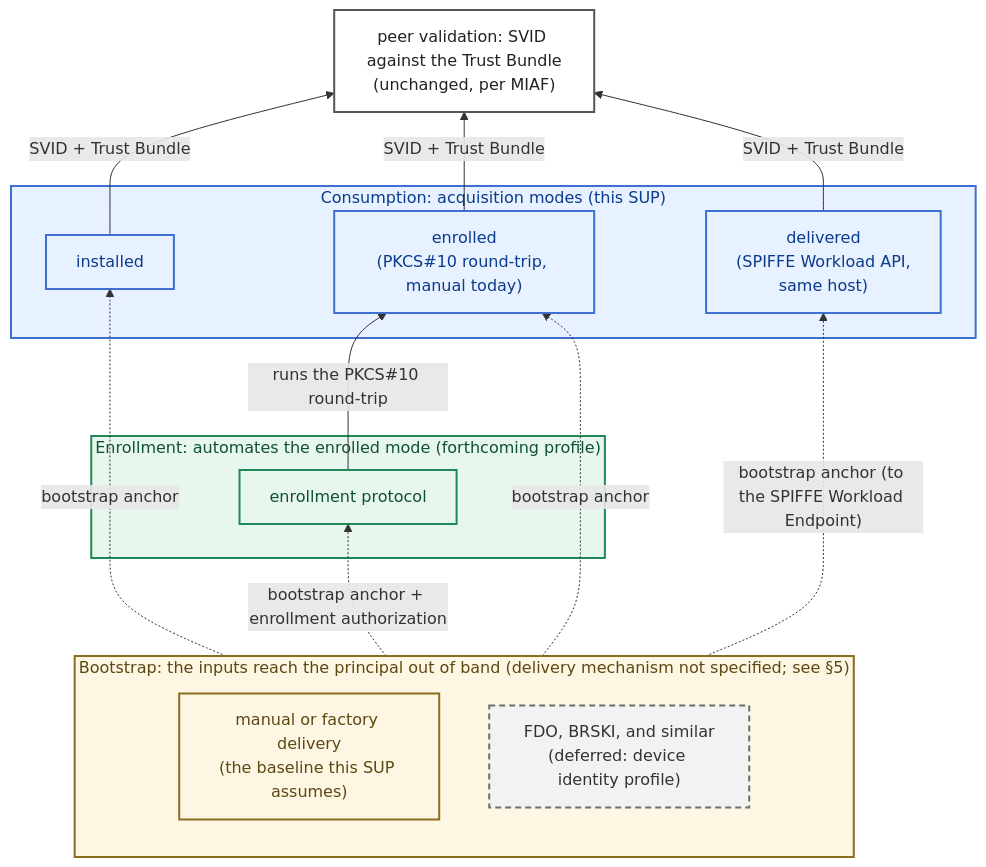
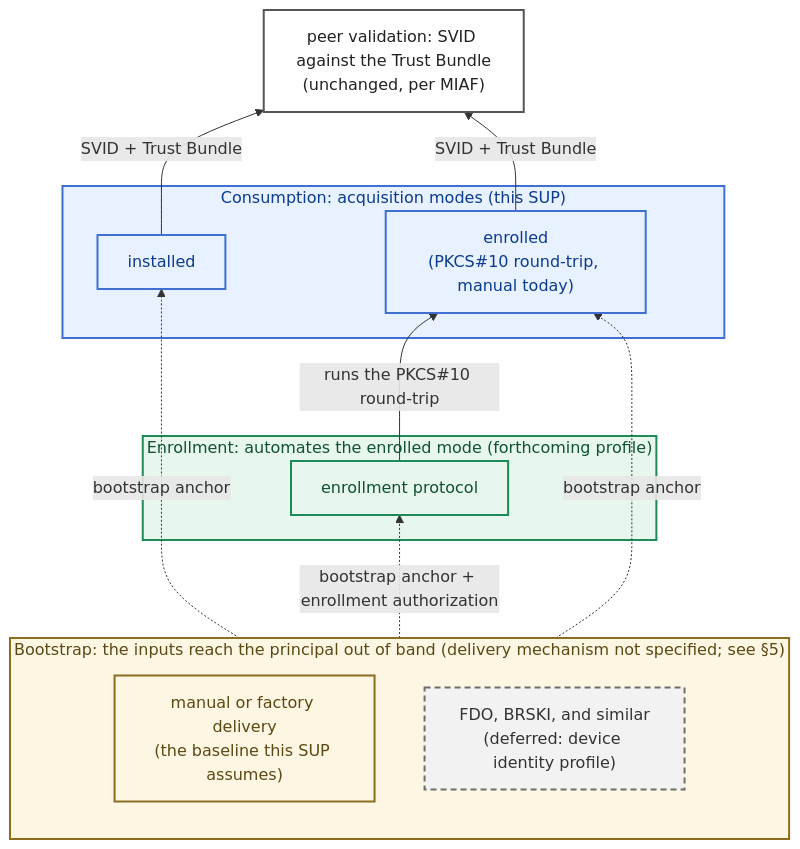
The diagram in proposals/miaf-credential-provisioning-and-acquisition.md (margo/specification-enhancements), drawn with Mermaid before and after one commit. The commit also changed other lines of this file, not shown here.

Commit message:
docs: defer the delivered mode to the device identity profile

````diff
--- a/proposals/miaf-credential-provisioning-and-acquisition.md
+++ b/proposals/miaf-credential-provisioning-and-acquisition.md
@@ -76,35 +76,32 @@
 ```mermaid
 flowchart BT
     subgraph L3["Bootstrap: the inputs reach the principal out of band (delivery mechanism not specified; see §5)"]
         b1["manual or factory delivery<br/>(the baseline this SUP assumes)"]
         b2["FDO, BRSKI, and similar<br/>(deferred: device identity profile)"]
     end
     subgraph L2["Enrollment: automates the enrolled mode (forthcoming profile)"]
         e1["enrollment protocol"]
     end
     subgraph L1["Consumption: acquisition modes (this SUP)"]
         c1["installed"]
         c2["enrolled<br/>(PKCS#10 round-trip, manual today)"]
-        c3["delivered<br/>(SPIFFE Workload API,<br/>same host)"]
     end
     L3 -.->|"bootstrap anchor + enrollment authorization"| e1
     L3 -.->|"bootstrap anchor"| c1
     L3 -.->|"bootstrap anchor"| c2
-    L3 -.->|"bootstrap anchor (to the SPIFFE Workload Endpoint)"| c3
     e1 -->|"runs the PKCS#10 round-trip"| c2
     c1 -->|"SVID + Trust Bundle"| V["peer validation: SVID against the Trust Bundle<br/>(unchanged, per MIAF)"]
     c2 -->|"SVID + Trust Bundle"| V
-    c3 -->|"SVID + Trust Bundle"| V
 
     classDef thisSup fill:#e8f1ff,stroke:#3f6fd1,stroke-width:2px,color:#0b3b8c;
     classDef future fill:#e8f7ee,stroke:#1f8a58,stroke-width:2px,color:#0f5132;
     classDef assumed fill:#fdf6e3,stroke:#8a6d1f,stroke-width:2px,color:#5c4813;
     classDef deferred fill:#f2f2f2,stroke:#6e6e6e,stroke-width:2px,stroke-dasharray:6 4,color:#333333;
     classDef unchanged fill:#ffffff,stroke:#555555,stroke-width:2px,color:#222222;
 
-    class L1,c1,c2,c3 thisSup;
+    class L1,c1,c2 thisSup;
     class L2,e1 future;
     class L3,b1 assumed;
     class b2 deferred;
     class V unchanged;
 ```
````
